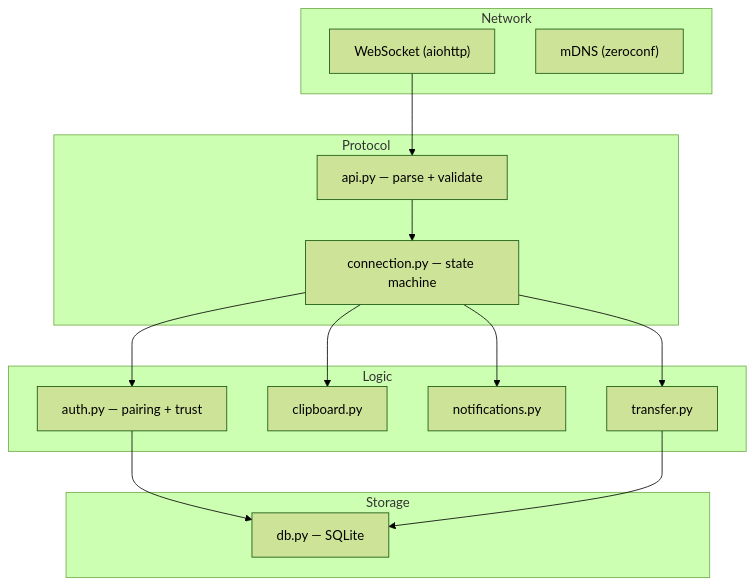
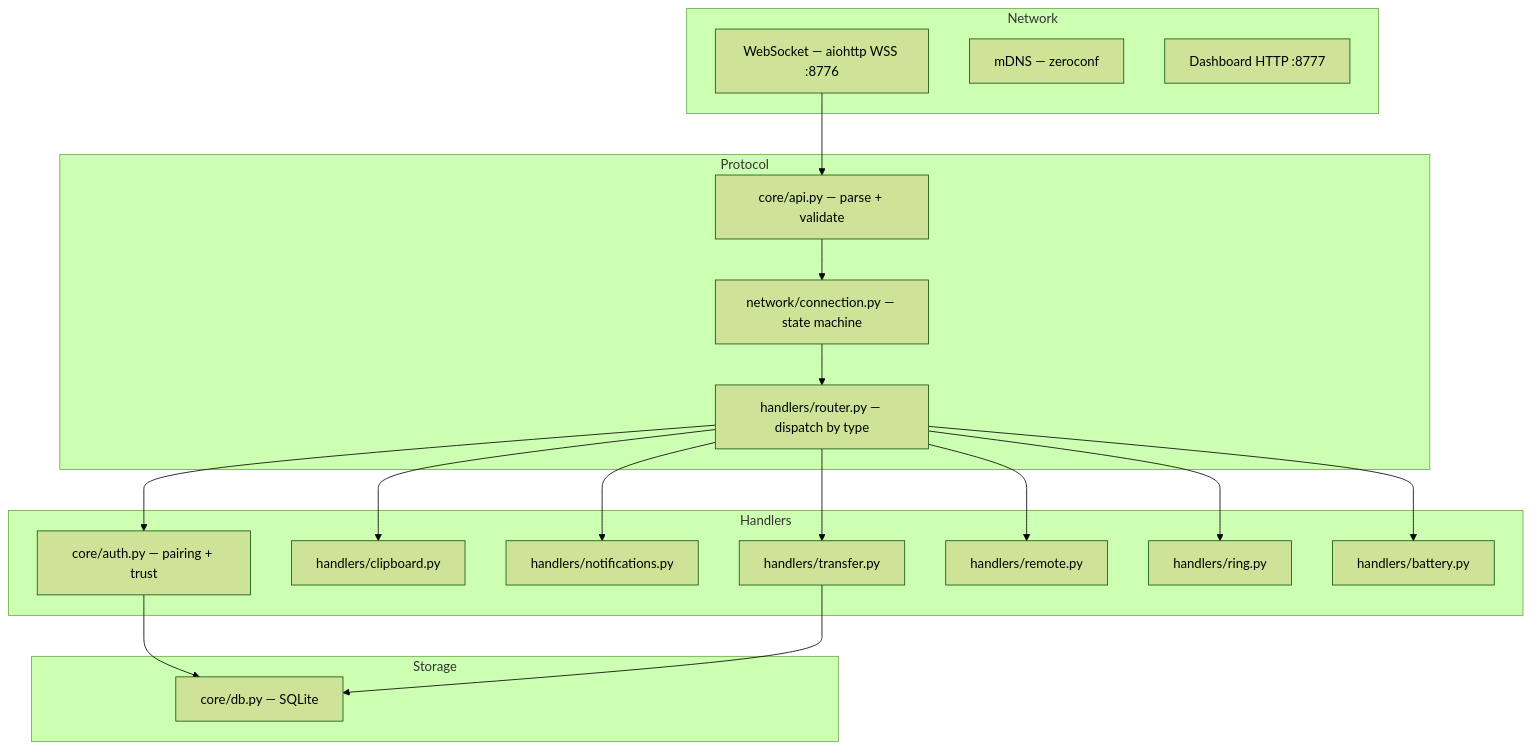
One commit to gobbledyglomp/jibe changed the first of 2 diagrams in docs/architecture.md. Above: the diagram before and after it, drawn with Mermaid (forest theme). The commit also changed other lines of this file, not shown here.

Commit message:
docs(architecture): update module map and diagrams for current structure

````diff
--- a/docs/architecture.md
+++ b/docs/architecture.md
@@ -28,29 +44,37 @@
 ```mermaid
 graph TD
-    subgraph "Network"
-        WS["WebSocket (aiohttp)"]
-        MDNS["mDNS (zeroconf)"]
+    subgraph network_layer [Network]
+        WS["WebSocket — aiohttp WSS :8776"]
+        MDNS["mDNS — zeroconf"]
+        DASH["Dashboard HTTP :8777"]
     end
 
-    subgraph "Protocol"
-        API["api.py — parse + validate"]
-        CONN["connection.py — state machine"]
+    subgraph protocol_layer [Protocol]
+        API["core/api.py — parse + validate"]
+        CONN["network/connection.py — state machine"]
+        ROUTER["handlers/router.py — dispatch by type"]
     end
 
-    subgraph "Logic"
-        AUTH["auth.py — pairing + trust"]
-        CLIP["clipboard.py"]
-        NOTIF["notifications.py"]
-        XFER["transfer.py"]
+    subgraph logic_layer [Handlers]
+        AUTH["core/auth.py — pairing + trust"]
+        CLIP["handlers/clipboard.py"]
+        NOTIF["handlers/notifications.py"]
+        XFER["handlers/transfer.py"]
+        REMOTE["handlers/remote.py"]
+        RING["handlers/ring.py"]
+        BATT["handlers/battery.py"]
     end
 
-    subgraph "Storage"
-        DB["db.py — SQLite"]
+    subgraph storage_layer [Storage]
+        DB["core/db.py — SQLite"]
     end
 
-    WS --> API --> CONN
-    CONN --> AUTH --> DB
-    CONN --> CLIP
-    CONN --> NOTIF
-    CONN --> XFER --> DB
+    WS --> API --> CONN --> ROUTER
+    ROUTER --> AUTH --> DB
+    ROUTER --> CLIP
+    ROUTER --> NOTIF
+    ROUTER --> XFER --> DB
+    ROUTER --> REMOTE
+    ROUTER --> RING
+    ROUTER --> BATT
 ```
````
